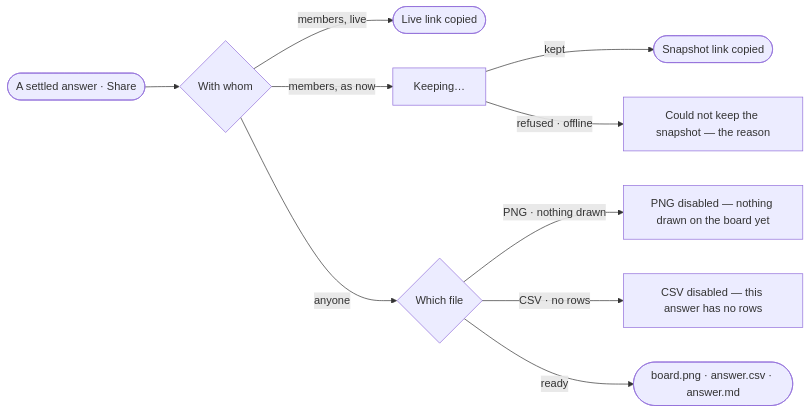
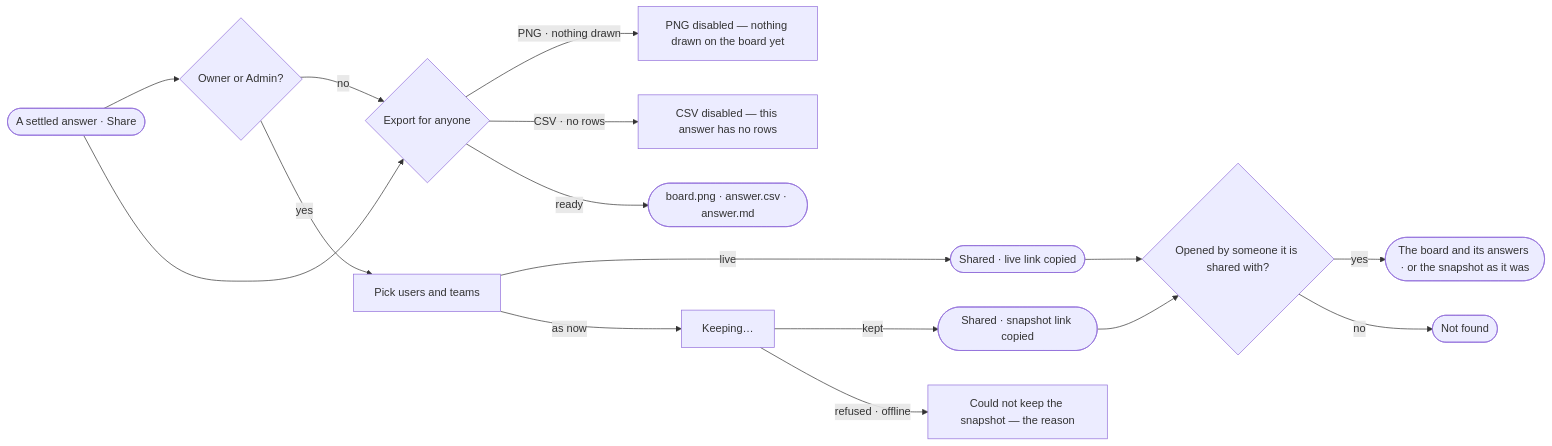
Before and after one commit to invana/invana: the diagram in specs/capabilities/explore/features/EX-F02-share-and-present-an-answer/stories/EX-15-share-an-answer/story.md, drawn with Mermaid. The commit also changed other lines of this file and 522 other files, not shown here.

````diff
--- a/specs/capabilities/explore/features/EX-F02-share-and-present-an-answer/stories/EX-15-share-an-answer/story.md
+++ b/specs/capabilities/explore/features/EX-F02-share-and-present-an-answer/stories/EX-15-share-an-answer/story.md
@@ -26,12 +27,18 @@
 ```mermaid
 flowchart LR
-  a([A settled answer · Share]) --> w{With whom}
-  w -->|members, live| l(["Live link copied"])
-  w -->|members, as now| k["Keeping…"]
-  k -->|kept| s(["Snapshot link copied"])
+  a([A settled answer · Share]) --> own{Owner or Admin?}
+  own -->|no| ex
+  own -->|yes| w["Pick users and teams"]
+  w -->|live| l(["Shared · live link copied"])
+  w -->|as now| k["Keeping…"]
+  k -->|kept| s(["Shared · snapshot link copied"])
   k -->|refused · offline| f["Could not keep the snapshot — the reason"]
-  w -->|anyone| e{Which file}
-  e -->|PNG · nothing drawn| p0["PNG disabled — nothing drawn on the board yet"]
-  e -->|CSV · no rows| c0["CSV disabled — this answer has no rows"]
-  e -->|ready| file(["board.png · answer.csv · answer.md"])
+  a --> ex{Export for anyone}
+  ex -->|PNG · nothing drawn| p0["PNG disabled — nothing drawn on the board yet"]
+  ex -->|CSV · no rows| c0["CSV disabled — this answer has no rows"]
+  ex -->|ready| file(["board.png · answer.csv · answer.md"])
+  l --> o{Opened by someone it is shared with?}
+  s --> o
+  o -->|yes| seen([The board and its answers · or the snapshot as it was])
+  o -->|no| nf([Not found])
 ```
````
